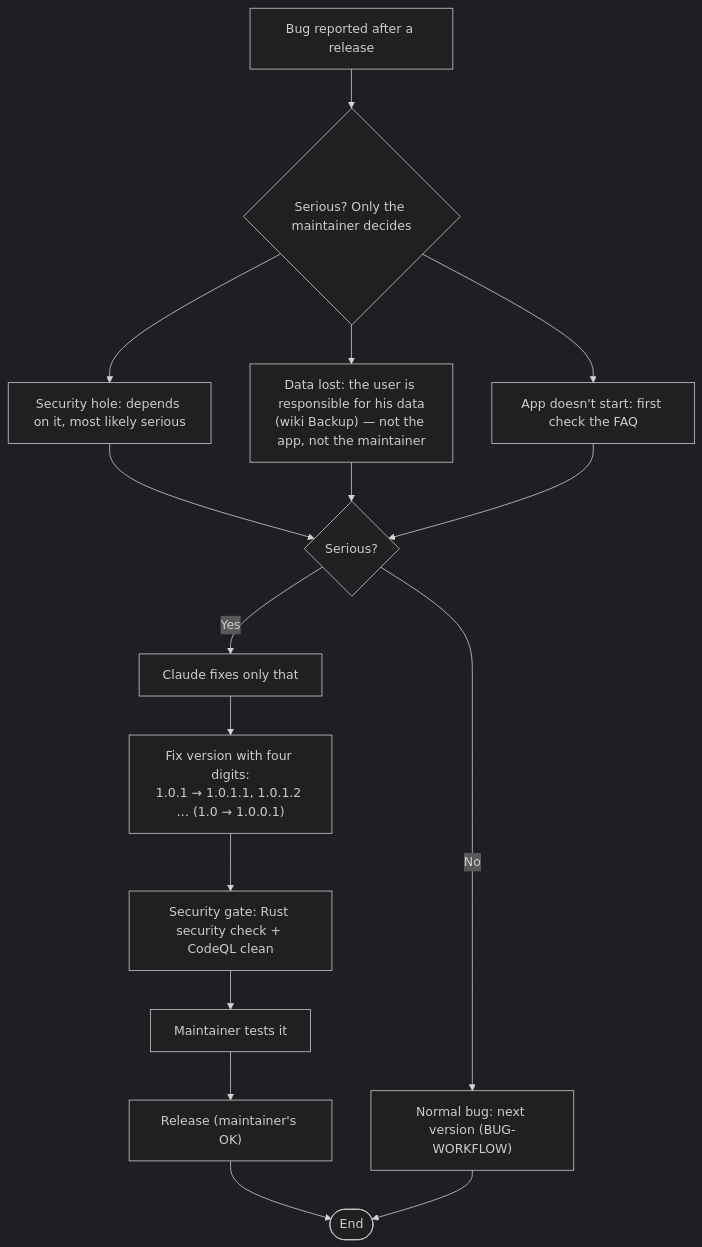
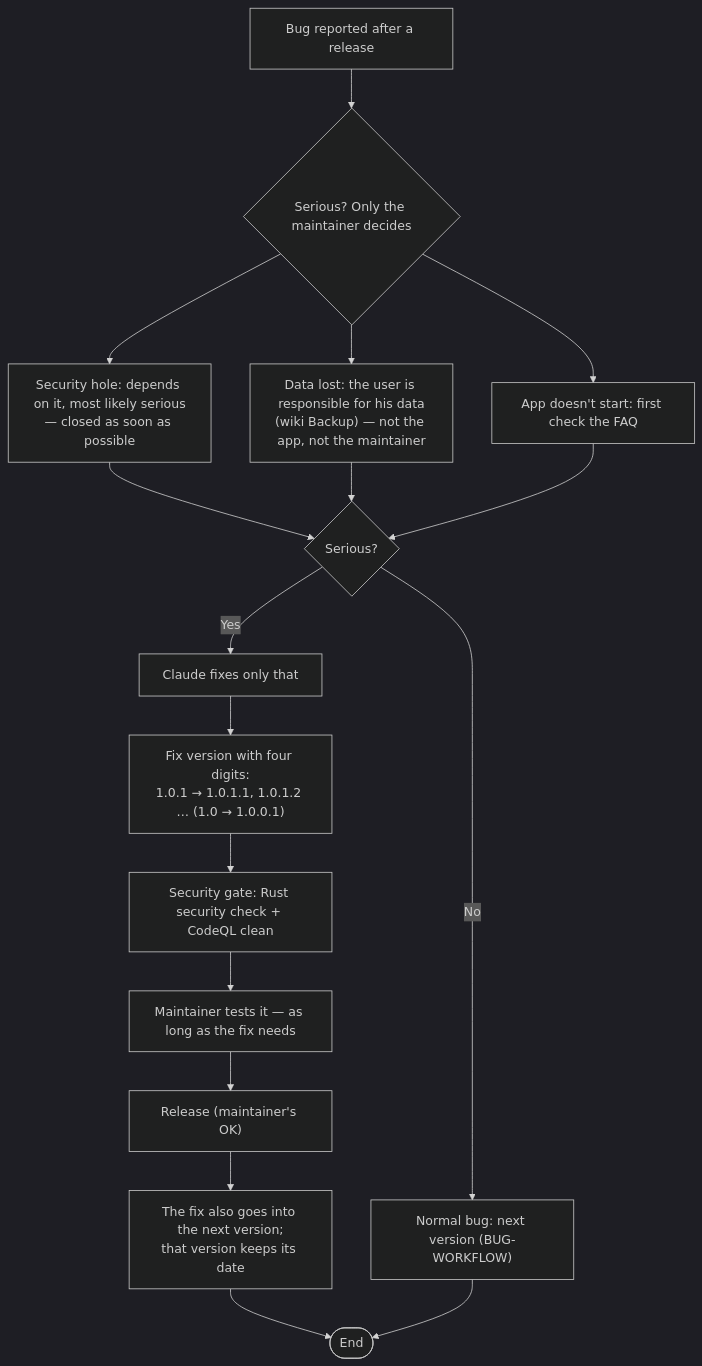
One commit to GFGMNET/Workspace changed the diagram in docs/URGENT-FIX-WORKFLOW.md. Above: the diagram before and after it, drawn with Mermaid (dark theme). The commit also changed 1 other file, not shown here.

Commit message:
URGENT-FIX: test as long as needed, security asap, next version keeps its date
Claude-Session: https://claude.ai/code/session_01YTmHS5QesE4imbb73iBYzB

````diff
--- a/docs/URGENT-FIX-WORKFLOW.md
+++ b/docs/URGENT-FIX-WORKFLOW.md
@@ -5,18 +5,19 @@
 ```mermaid
 flowchart TD
    A["Bug reported after a release"] --> B{"Serious? Only the maintainer decides"}
-   B --> C["Security hole: depends on it, most likely serious"]
+   B --> C["Security hole: depends on it, most likely serious<br/>— closed as soon as possible"]
    B --> D["Data lost: the user is responsible for his data<br/>(wiki Backup) — not the app, not the maintainer"]
    B --> E["App doesn't start: first check the FAQ"]
    C --> F{"Serious?"}
    D --> F
    E --> F
    F -->|No| G["Normal bug: next version (BUG-WORKFLOW)"]
    F -->|Yes| H["Claude fixes only that"]
    H --> I["Fix version with four digits:<br/>1.0.1 → 1.0.1.1, 1.0.1.2 … (1.0 → 1.0.0.1)"]
    I --> J["Security gate: Rust security check + CodeQL clean"]
-   J --> K["Maintainer tests it"]
+   J --> K["Maintainer tests it — as long as the fix needs"]
    K --> L["Release (maintainer's OK)"]
-   L --> M([End])
+   L --> N["The fix also goes into the next version;<br/>that version keeps its date"]
+   N --> M([End])
    G --> M
 ```
````
